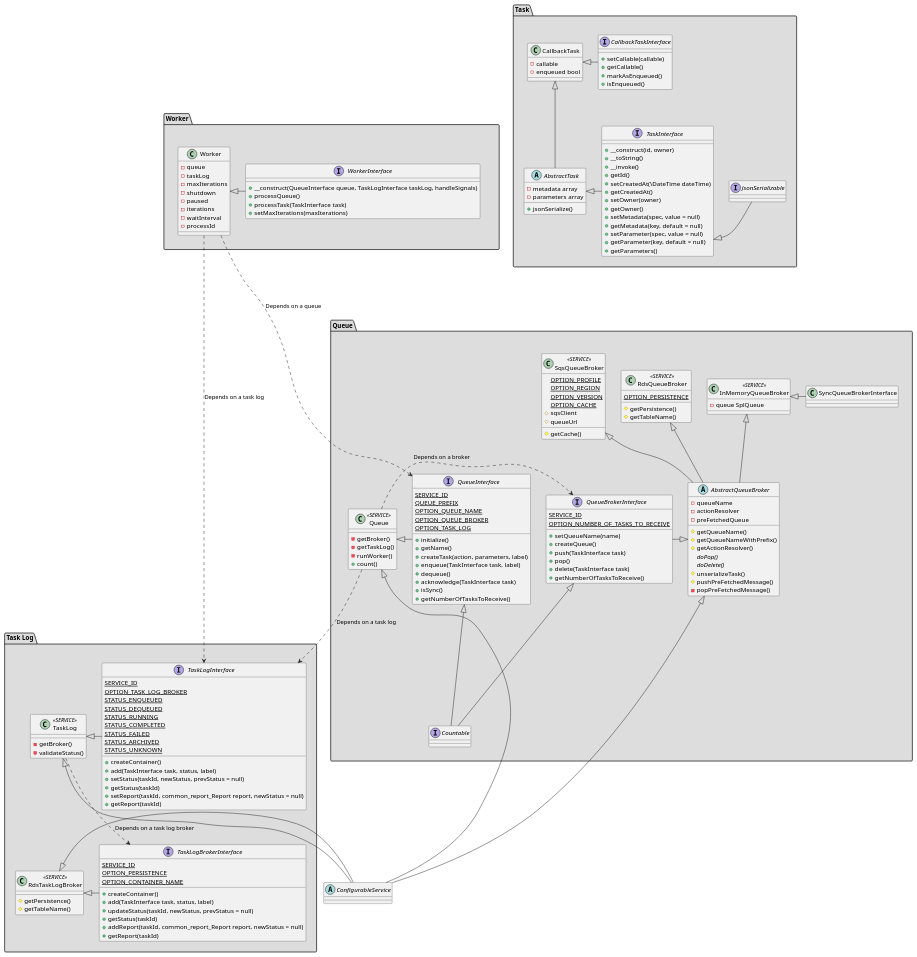
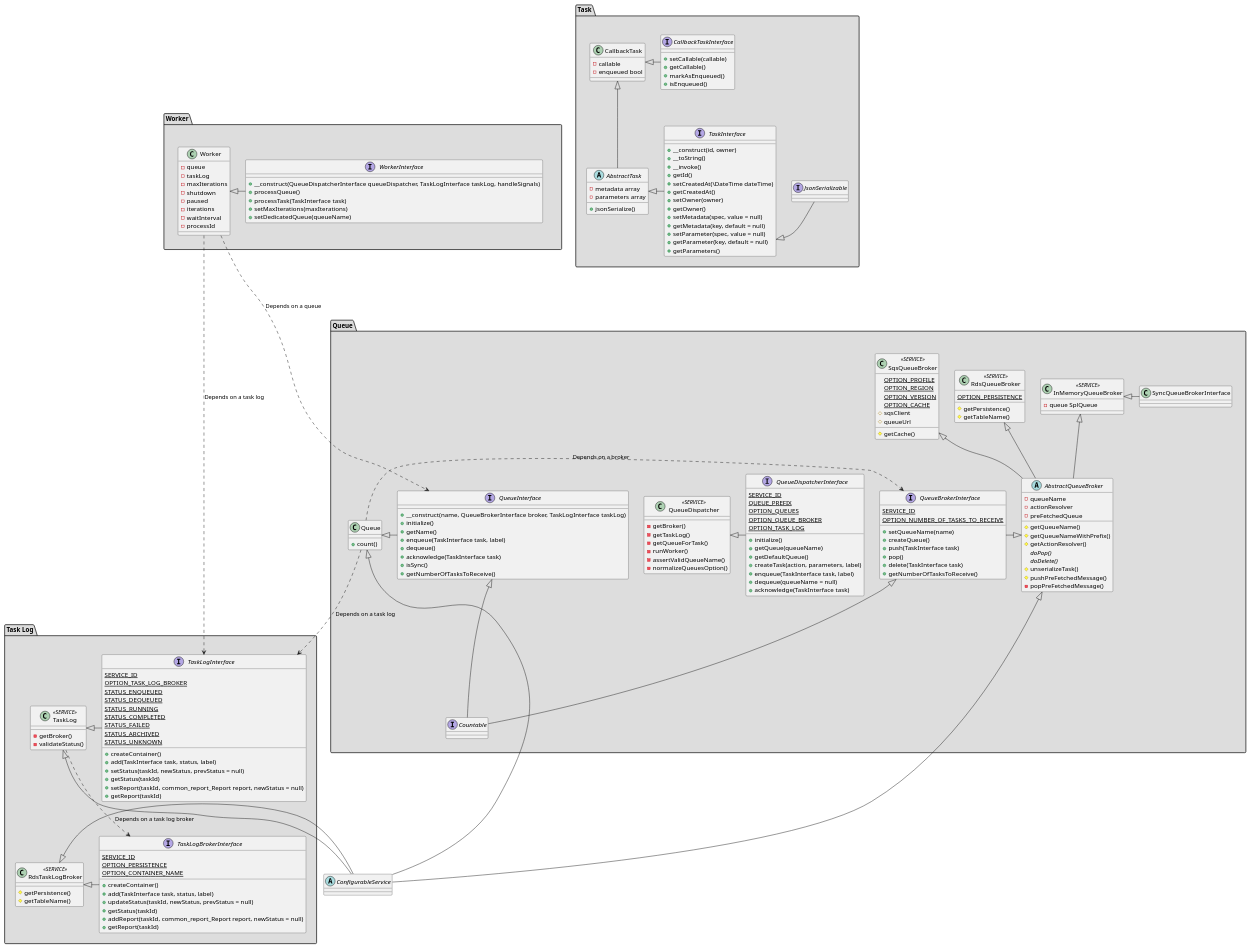
Before and after one commit to tao-forge/package-tao: the diagram in taoTaskQueue/doc/task_queue.puml, drawn with PlantUML. The commit also changed 11 other files, not shown here.

Commit message:
TAO-5173 Introduced queue dispatcher for multiple queue handling

```diff
--- a/taoTaskQueue/doc/task_queue.puml
+++ b/taoTaskQueue/doc/task_queue.puml
@@ -97,19 +97,15 @@
     }
 }
 
+
 package "Queue" #DDDDDD {
     together {
         interface Countable
         QueueInterface <|-- Countable
         interface QueueInterface {
-            {static} SERVICE_ID
-            {static} QUEUE_PREFIX
-            {static} OPTION_QUEUE_NAME
-            {static} OPTION_QUEUE_BROKER
-            {static} OPTION_TASK_LOG
+            +__construct(name, QueueBrokerInterface broker, TaskLogInterface taskLog)
             +initialize()
             +getName()
-            +createTask(action, parameters, label)
             +enqueue(TaskInterface task, label)
             +dequeue()
             +acknowledge(TaskInterface task)
@@ -117,10 +113,33 @@
             +getNumberOfTasksToReceive()
         }
 
-        class Queue << SERVICE >> {
+        interface QueueDispatcherInterface {
+            {static} SERVICE_ID
+            {static} QUEUE_PREFIX
+            {static} OPTION_QUEUES
+            {static} OPTION_QUEUE_BROKER
+            {static} OPTION_TASK_LOG
+            +initialize()
+            +getQueue(queueName)
+            +getDefaultQueue()
+            +createTask(action, parameters, label)
+            +enqueue(TaskInterface task, label)
+            +dequeue(queueName = null)
+            +acknowledge(TaskInterface task)
+        }
+
+        class QueueDispatcher << SERVICE >> {
             -getBroker()
             -getTaskLog()
+            -getQueueForTask()
             -runWorker()
+            -assertValidQueueName()
+            -normalizeQueuesOption()
+        }
+
+        QueueDispatcher <|- QueueDispatcherInterface
+
+        class Queue {
             +count()
         }
 
@@ -189,10 +208,11 @@
 package "Worker" #DDDDDD {
     together {
         interface WorkerInterface {
-            +__construct(QueueInterface queue, TaskLogInterface taskLog, handleSignals)
+            +__construct(QueueDispatcherInterface queueDispatcher, TaskLogInterface taskLog, handleSignals)
             +processQueue()
             +processTask(TaskInterface task)
             +setMaxIterations(maxIterations)
+            +setDedicatedQueue(queueName)
         }
         class Worker {
             -queue
```
